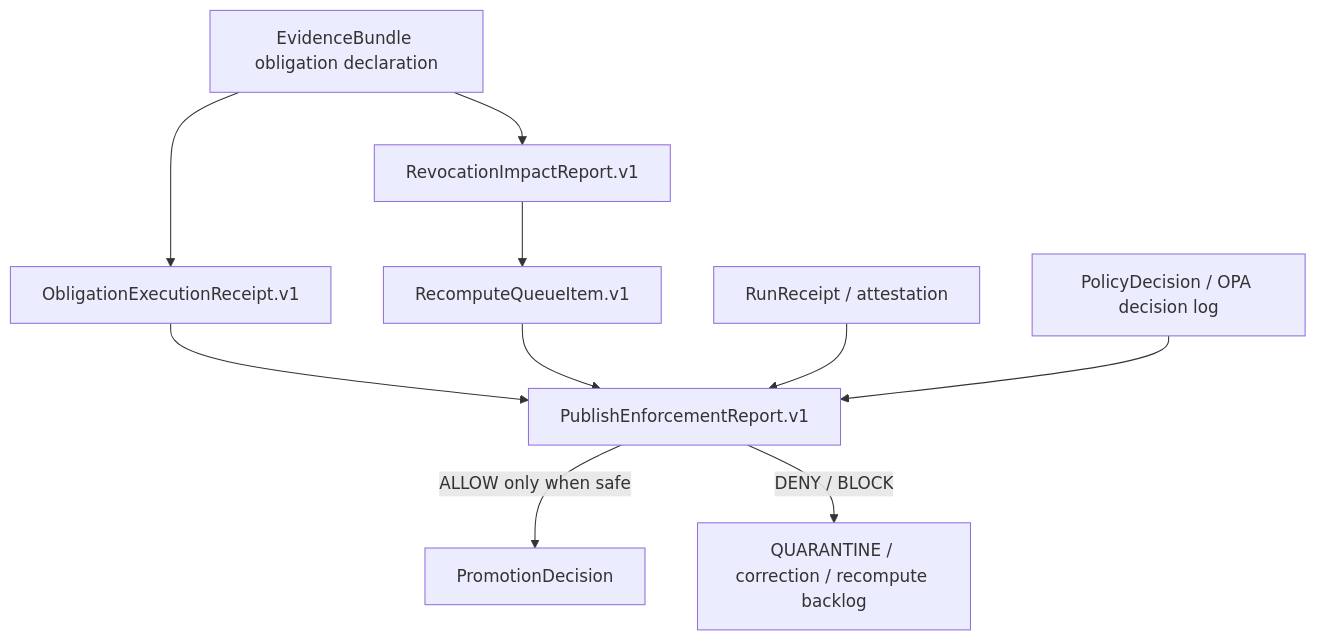
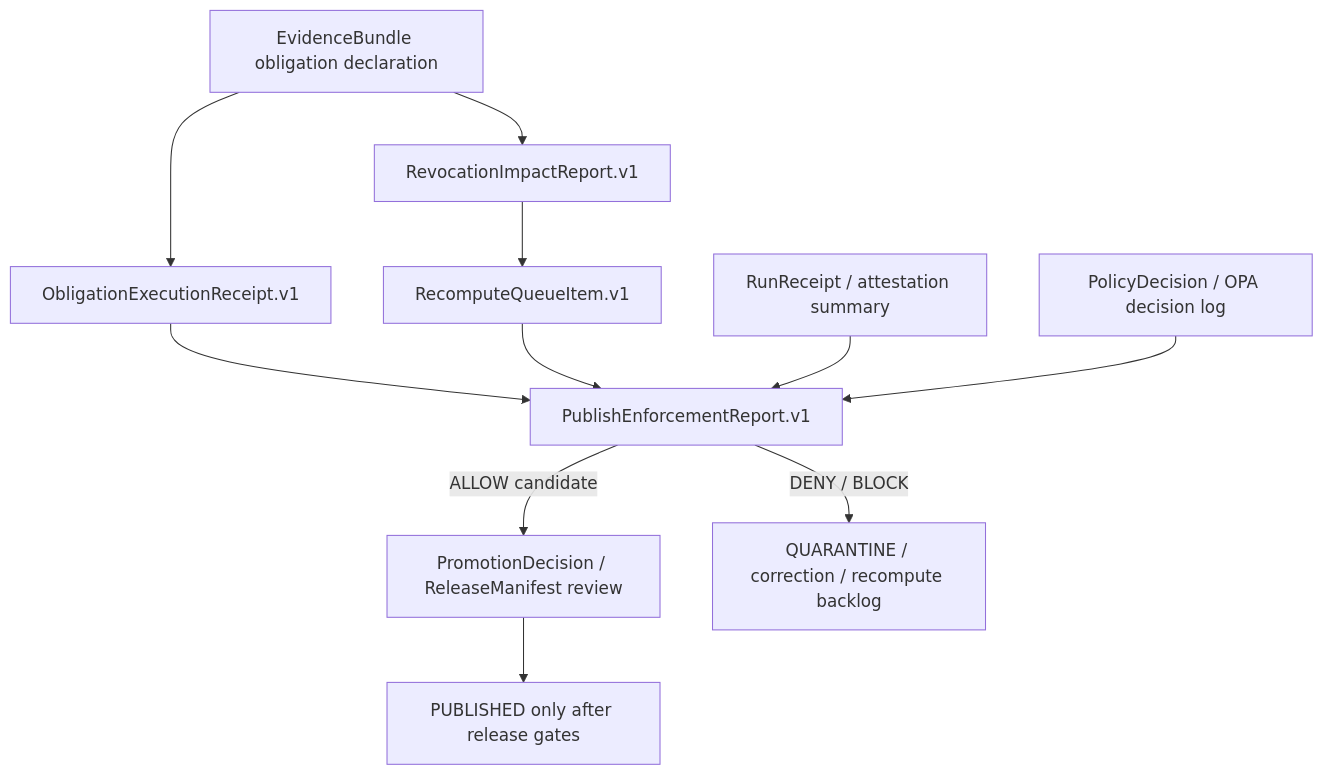
One commit to bartytime4life/Kansas-Frontier-Matrix changed the first of 3 diagrams in docs/control-plane/obligation-execution.md. Above: the diagram before and after it, drawn with Mermaid. The commit also changed other lines of this file, not shown here.

````diff
--- a/docs/control-plane/obligation-execution.md
+++ b/docs/control-plane/obligation-execution.md
@@ -105,12 +191,13 @@
 ```mermaid
 flowchart TD
   A["EvidenceBundle obligation declaration"] --> B["ObligationExecutionReceipt.v1"]
   A --> C["RevocationImpactReport.v1"]
   C --> D["RecomputeQueueItem.v1"]
   B --> E["PublishEnforcementReport.v1"]
   D --> E
-  F["RunReceipt / attestation"] --> E
+  F["RunReceipt / attestation summary"] --> E
   G["PolicyDecision / OPA decision log"] --> E
-  E -->|ALLOW only when safe| H["PromotionDecision"]
+  E -->|ALLOW candidate| H["PromotionDecision / ReleaseManifest review"]
   E -->|DENY / BLOCK| I["QUARANTINE / correction / recompute backlog"]
+  H --> J["PUBLISHED only after release gates"]
 ```
````
